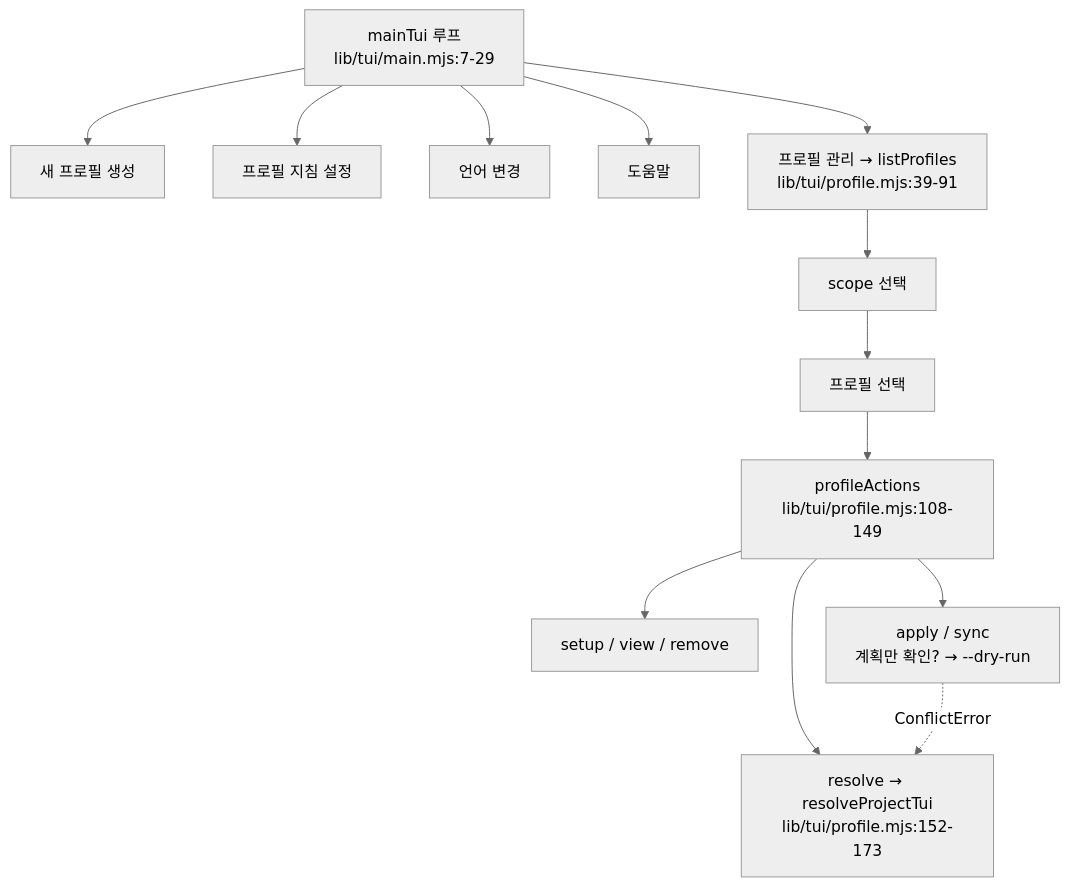
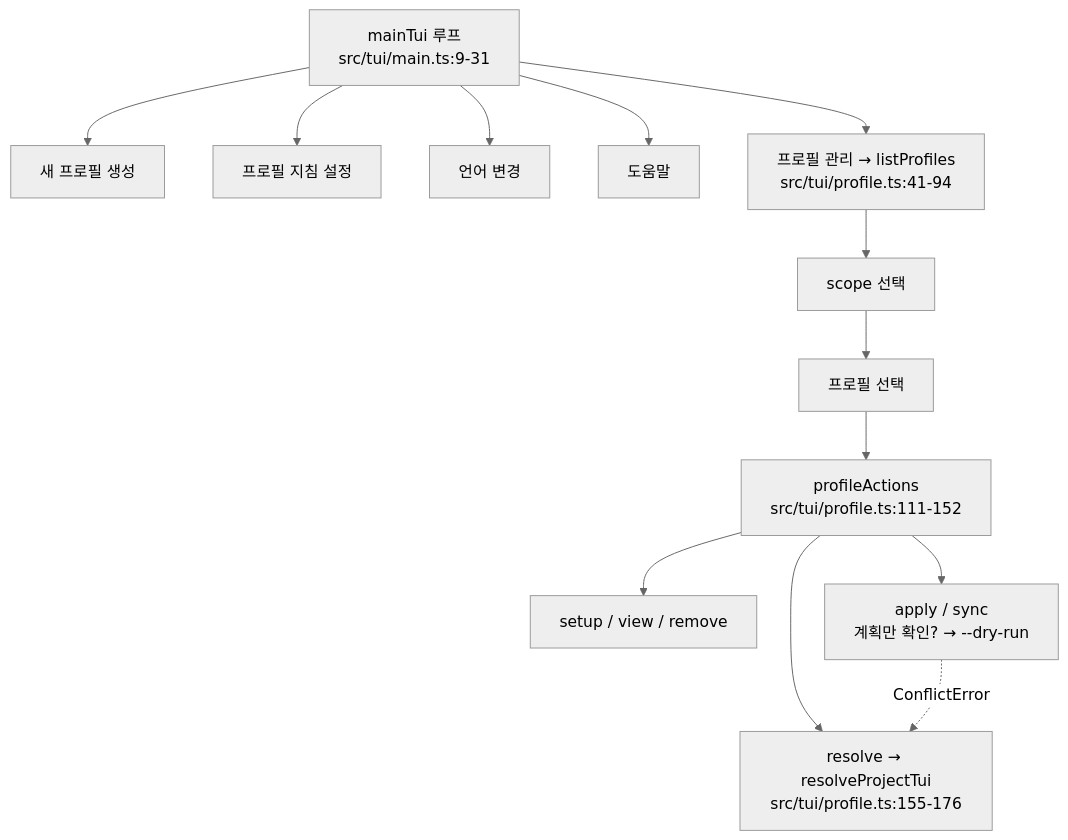
The seventh of 8 diagrams in docs/architecture/implementation-mechanics.md (IsthisLee/agent-context-manager), drawn with Mermaid (neutral theme) before and after one commit. The commit also changed other lines of this file and 102 other files, not shown here.

````diff
--- a/docs/architecture/implementation-mechanics.md
+++ b/docs/architecture/implementation-mechanics.md
@@ -346,15 +348,15 @@
 ```mermaid
 flowchart TD
-  M["mainTui 루프<br/>lib/tui/main.mjs:7-29"] --> C1["새 프로필 생성"]
+  M["mainTui 루프<br/>src/tui/main.ts:9-31"] --> C1["새 프로필 생성"]
   M --> C2["프로필 지침 설정"]
   M --> C3["언어 변경"]
   M --> C4["도움말"]
-  M --> MG["프로필 관리 → listProfiles<br/>lib/tui/profile.mjs:39-91"]
+  M --> MG["프로필 관리 → listProfiles<br/>src/tui/profile.ts:41-94"]
   MG --> SC["scope 선택"]
   SC --> SEL["프로필 선택"]
-  SEL --> ACT["profileActions<br/>lib/tui/profile.mjs:108-149"]
+  SEL --> ACT["profileActions<br/>src/tui/profile.ts:111-152"]
   ACT --> A1["setup / view / remove"]
   ACT --> A2["apply / sync<br/>계획만 확인? → --dry-run"]
-  ACT --> A3["resolve → resolveProjectTui<br/>lib/tui/profile.mjs:152-173"]
+  ACT --> A3["resolve → resolveProjectTui<br/>src/tui/profile.ts:155-176"]
   A2 -.->|"ConflictError"| A3
 ```
````
